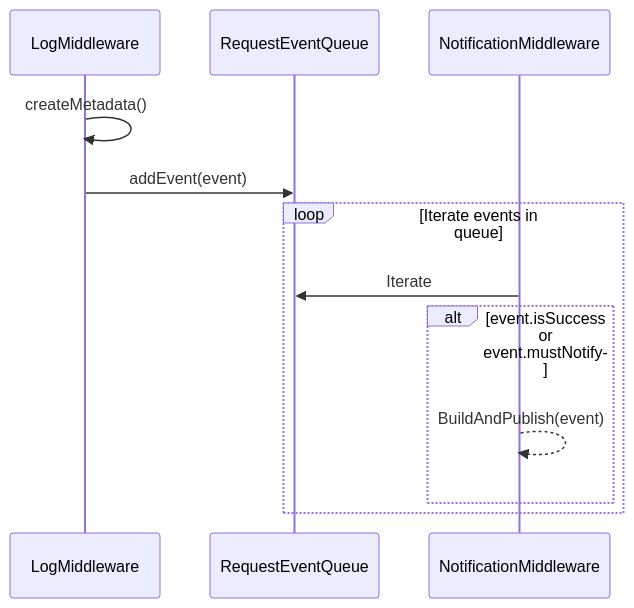
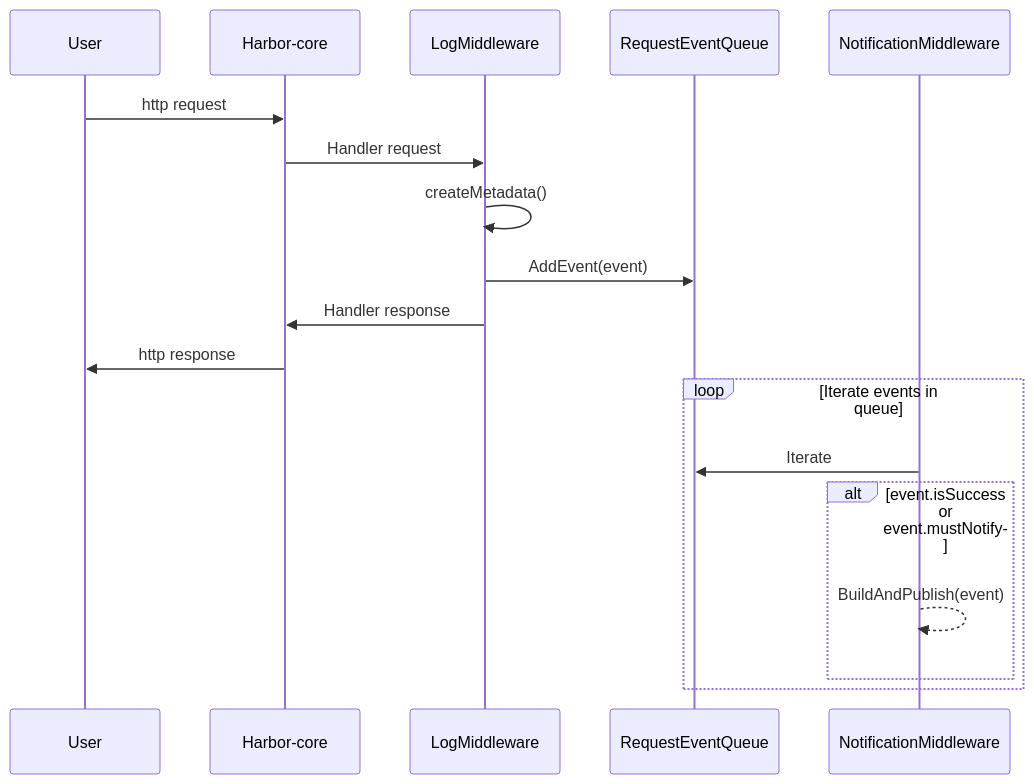
Before and after one commit to goharbor/community: the first of 3 diagrams in proposals/new/enhance_audit_log.md, drawn with Mermaid.

Commit message:
update seq diag

````diff
--- a/proposals/new/enhance_audit_log.md
+++ b/proposals/new/enhance_audit_log.md
@@ -117,15 +117,22 @@
 ```mermaid
 sequenceDiagram
+    participant User
+    participant Harbor-core
     participant LogMiddleware
     participant RequestEventQueue
     participant NotificationMiddleware
 
+    User ->> Harbor-core: http request
+    Harbor-core ->> LogMiddleware: Handler request
     LogMiddleware->>LogMiddleware: createMetadata()
-    LogMiddleware->>RequestEventQueue: addEvent(event)
+    LogMiddleware->>RequestEventQueue: AddEvent(event)
+    LogMiddleware ->> Harbor-core: Handler response
+    Harbor-core ->> User: http response
+
     loop Iterate events in queue
         NotificationMiddleware->>RequestEventQueue: Iterate
         alt event.isSuccess or event.mustNotify
             NotificationMiddleware-->>NotificationMiddleware: BuildAndPublish(event)
         end
     end
 ```
````
